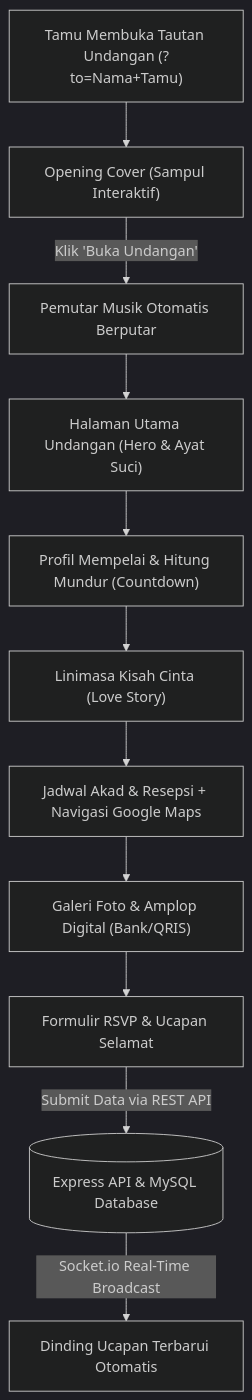
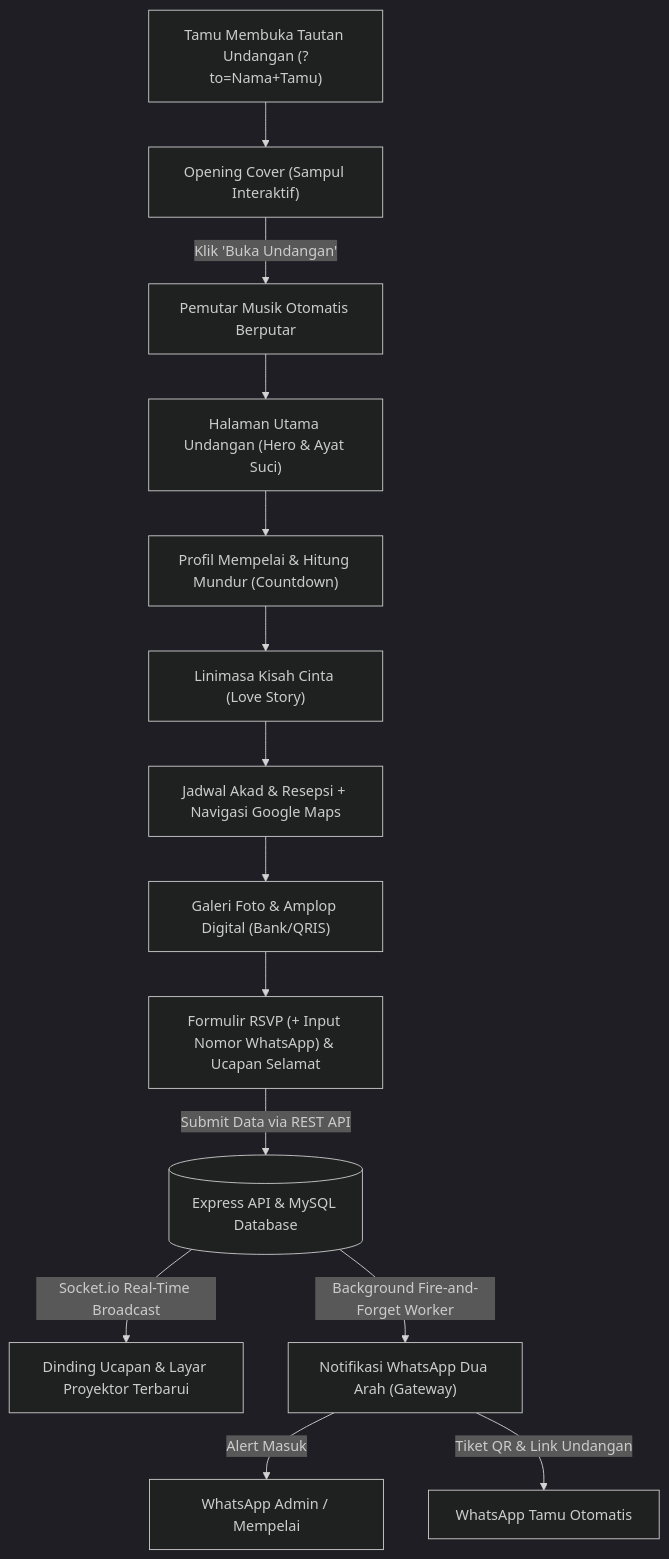
One commit to hndko/app_weddingbetawi_react changed the first of 2 diagrams in README.md. Above: the diagram before and after it, drawn with Mermaid (dark theme). The commit also changed other lines of this file and 6 other files, not shown here.

Commit message:
docs: synchronize documentation suite and README for v1.57.0 WhatsApp Gateway features

````diff
--- a/README.md
+++ b/README.md
@@ -97,13 +97,16 @@
 ```mermaid
 graph TD
     A["Tamu Membuka Tautan Undangan (?to=Nama+Tamu)"] --> B["Opening Cover (Sampul Interaktif)"]
     B -->|"Klik 'Buka Undangan'"| C["Pemutar Musik Otomatis Berputar"]
     C --> D["Halaman Utama Undangan (Hero & Ayat Suci)"]
     D --> E["Profil Mempelai & Hitung Mundur (Countdown)"]
     E --> F["Linimasa Kisah Cinta (Love Story)"]
     F --> G["Jadwal Akad & Resepsi + Navigasi Google Maps"]
     G --> H["Galeri Foto & Amplop Digital (Bank/QRIS)"]
-    H --> I["Formulir RSVP & Ucapan Selamat"]
+    H --> I["Formulir RSVP (+ Input Nomor WhatsApp) & Ucapan Selamat"]
     I -->|"Submit Data via REST API"| J[("Express API & MySQL Database")]
-    J -->|"Socket.io Real-Time Broadcast"| K["Dinding Ucapan Terbarui Otomatis"]
+    J -->|"Socket.io Real-Time Broadcast"| K["Dinding Ucapan & Layar Proyektor Terbarui"]
+    J -->|"Background Fire-and-Forget Worker"| L["Notifikasi WhatsApp Dua Arah (Gateway)"]
+    L -->|"Alert Masuk"| M["WhatsApp Admin / Mempelai"]
+    L -->|"Tiket QR & Link Undangan"| N["WhatsApp Tamu Otomatis"]
 ```
````
